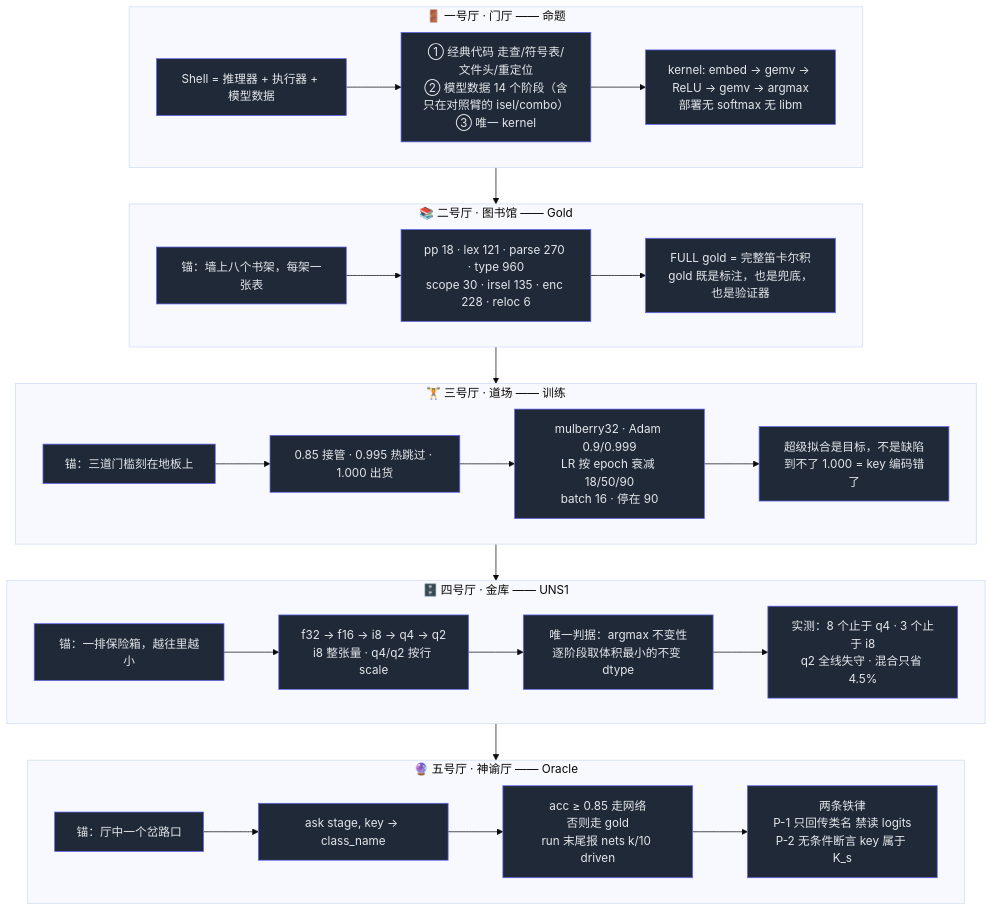
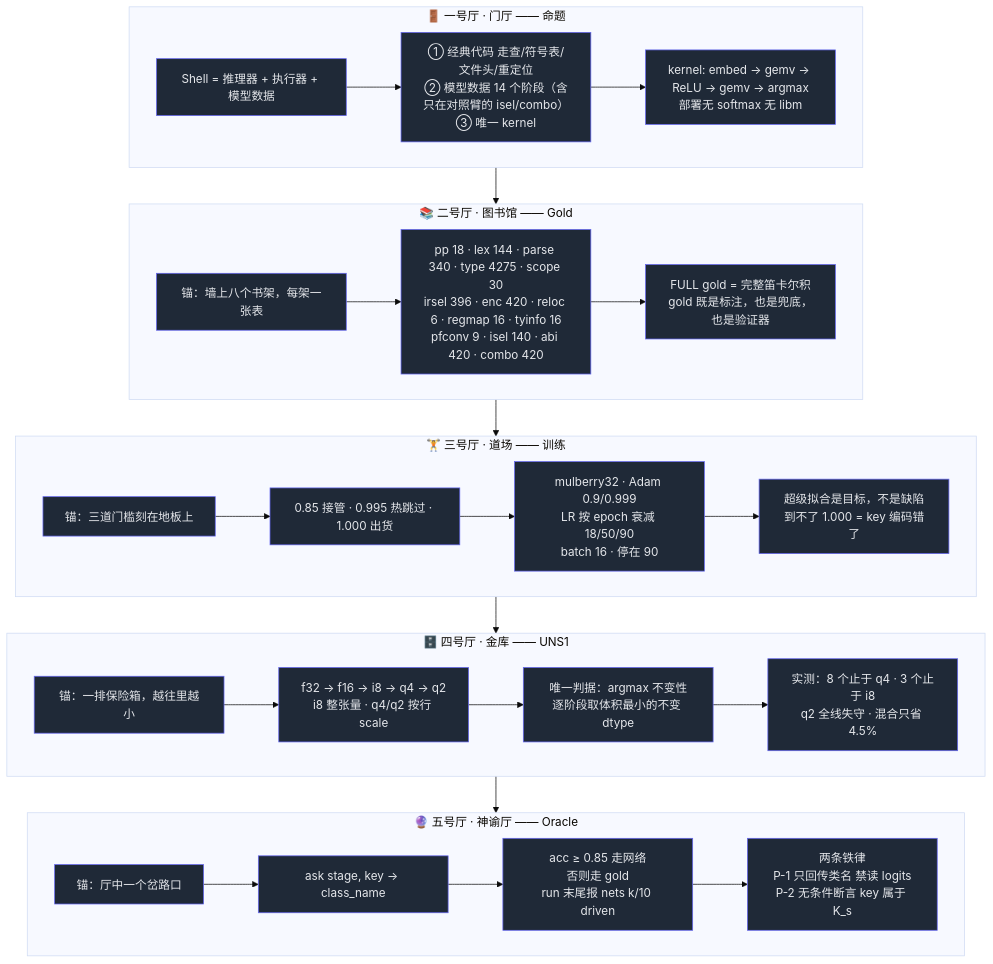
The first of 5 diagrams in prd.map.md (partnernetsoftware/unisacc), drawn with Mermaid (base theme) before and after one commit. The commit also changed other lines of this file and 5 other files, not shown here.

````diff
--- a/prd.map.md
+++ b/prd.map.md
@@ -10,45 +10,45 @@
 ```mermaid
 flowchart TD
     subgraph R1["🚪 一号厅 · 门厅 —— 命题"]
         A1["Shell = 推理器 + 执行器 + 模型数据"]
         A2["① 经典代码 走查/符号表/文件头/重定位<br/>② 模型数据 14 个阶段（含只在对照臂的 isel/combo）<br/>③ 唯一 kernel"]
         A3["kernel: embed → gemv → ReLU → gemv → argmax<br/>部署无 softmax 无 libm"]
         A1 --> A2 --> A3
     end
 
     subgraph R2["📚 二号厅 · 图书馆 —— Gold"]
         B1["锚：墙上八个书架，每架一张表"]
-        B2["pp 18 · lex 121 · parse 270 · type 960<br/>scope 30 · irsel 135 · enc 228 · reloc 6"]
+        B2["pp 18 · lex 144 · parse 340 · type 4275 · scope 30<br/>irsel 396 · enc 420 · reloc 6 · regmap 16 · tyinfo 16<br/>pfconv 9 · isel 140 · abi 420 · combo 420"]
         B3["FULL gold = 完整笛卡尔积<br/>gold 既是标注，也是兜底，也是验证器"]
         B1 --> B2 --> B3
     end
 
     subgraph R3["🏋️ 三号厅 · 道场 —— 训练"]
         C1["锚：三道门槛刻在地板上"]
         C2["0.85 接管 · 0.995 热跳过 · 1.000 出货"]
         C3["mulberry32 · Adam 0.9/0.999<br/>LR 按 epoch 衰减 18/50/90<br/>batch 16 · 停在 90"]
         C4["超级拟合是目标，不是缺陷<br/>到不了 1.000 = key 编码错了"]
         C1 --> C2 --> C3 --> C4
     end
 
     subgraph R4["🗄️ 四号厅 · 金库 —— UNS1"]
         D1["锚：一排保险箱，越往里越小"]
         D2["f32 → f16 → i8 → q4 → q2<br/>i8 整张量 · q4/q2 按行 scale"]
         D3["唯一判据：argmax 不变性<br/>逐阶段取体积最小的不变 dtype"]
         D4["实测：8 个止于 q4 · 3 个止于 i8<br/>q2 全线失守 · 混合只省 4.5%"]
         D1 --> D2 --> D3 --> D4
     end
 
     subgraph R5["🔮 五号厅 · 神谕厅 —— Oracle"]
         E1["锚：厅中一个岔路口"]
         E2["ask stage, key → class_name"]
         E3["acc ≥ 0.85 走网络<br/>否则走 gold<br/>run 末尾报 nets k/10 driven"]
         E4["两条铁律<br/>P-1 只回传类名 禁读 logits<br/>P-2 无条件断言 key 属于 K_s"]
         E1 --> E2 --> E3 --> E4
     end
 
     R1 --> R2 --> R3 --> R4 --> R5
 
     classDef room fill:#1f2937,stroke:#6366f1,color:#e5e7eb
     class A1,A2,A3,B1,B2,B3,C1,C2,C3,C4,D1,D2,D3,D4,E1,E2,E3,E4 room
 ```
````
